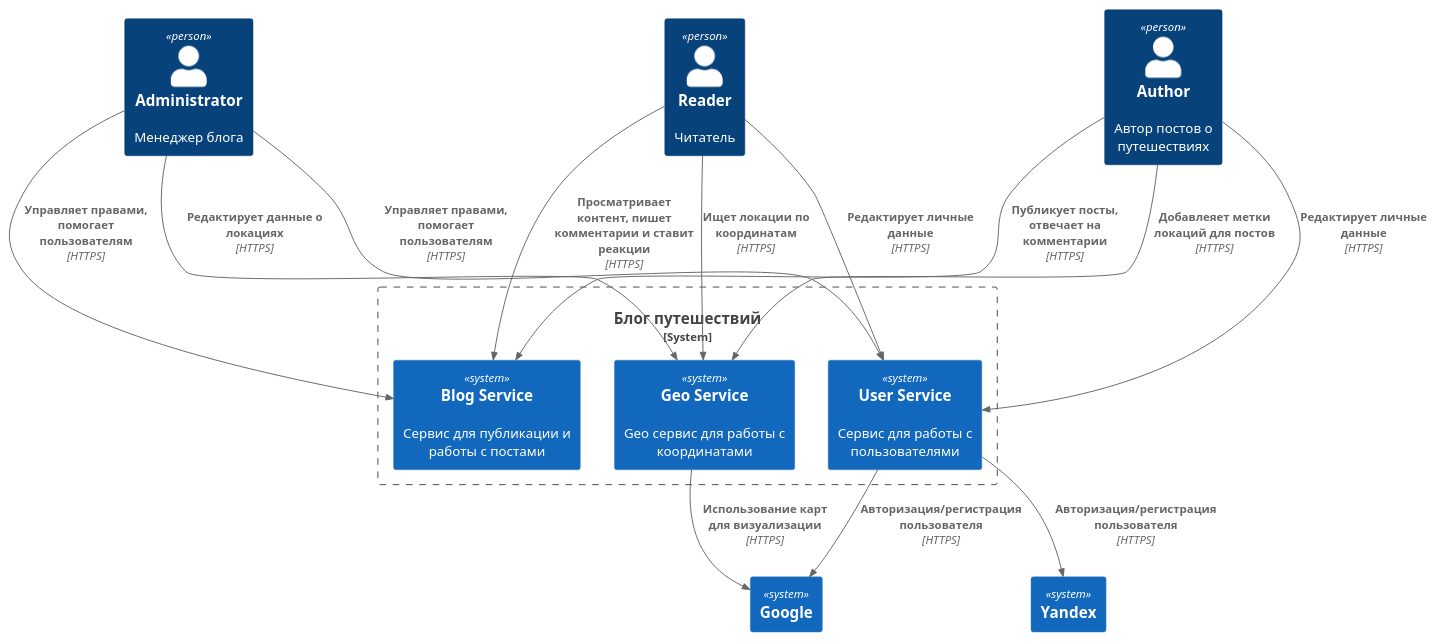
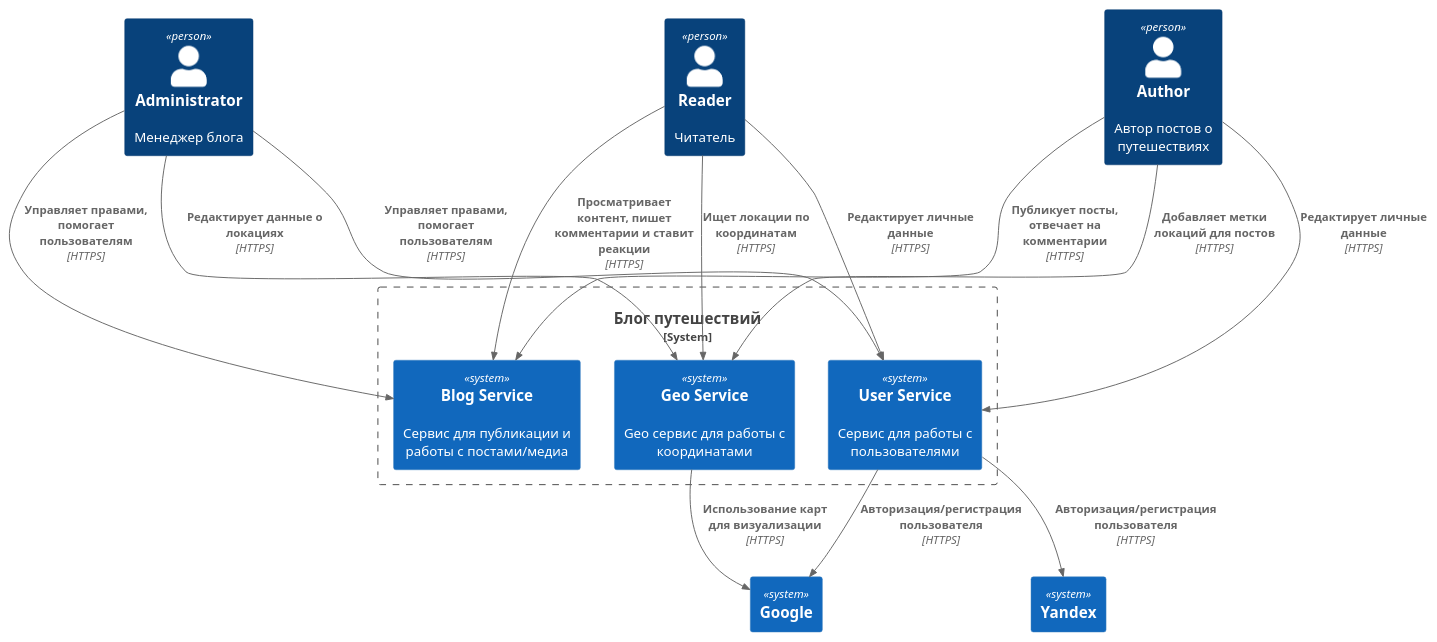
One commit to TimBerk/social_network_system_design changed the diagram in architecture/context.puml. Above: the diagram before and after it, drawn with PlantUML. The commit also changed 7 other files, not shown here.

```diff
--- a/architecture/context.puml
+++ b/architecture/context.puml
@@ -1,33 +1,33 @@
 @startuml Main Schema
 !include https://raw.githubusercontent.com/plantuml-stdlib/C4-PlantUML/master/C4_Container.puml
 
 Person(admin, "Administrator", "Менеджер блога")
 Person(author, "Author", "Автор постов о путешествиях")
 Person(reader, "Reader", "Читатель")
 
 System_Boundary(travel_blog, "Блог путешествий") {
     System(user_service, "User Service", "Сервис для работы с пользователями")
-    System(blog_service, "Blog Service", "Сервис для публикации и работы с постами")
+    System(blog_service, "Blog Service", "Сервис для публикации и работы с постами/медиа")
     System(geo_service, "Geo Service", "Geo сервис для работы с координатами")
 }
 System(yandex, "Yandex")
 System(google, "Google")
 
 Rel(admin, blog_service, "Управляет правами, помогает пользователям", "HTTPS")
 Rel(author, blog_service, "Публикует посты, отвечает на комментарии", "HTTPS")
 Rel(reader, blog_service, "Просматривает контент, пишет комментарии и ставит реакции", "HTTPS")
 
 Rel(admin, user_service, "Управляет правами, помогает пользователям", "HTTPS")
 Rel(author, user_service, "Редактирует личные данные", "HTTPS")
 Rel(reader, user_service, "Редактирует личные данные", "HTTPS")
 
 Rel(user_service, yandex, "Авторизация/регистрация пользователя", "HTTPS")
 Rel(user_service, google, "Авторизация/регистрация пользователя", "HTTPS")
 
 Rel(admin, geo_service, "Редактирует данные о локациях", "HTTPS")
-Rel(author, geo_service, "Добавлеяет метки локаций для постов", "HTTPS")
+Rel(author, geo_service, "Добавляет метки локаций для постов", "HTTPS")
 Rel(reader, geo_service, "Ищет локации по координатам", "HTTPS")
 
 Rel(geo_service, google, "Использование карт для визуализации", "HTTPS")
 
 @enduml
```
